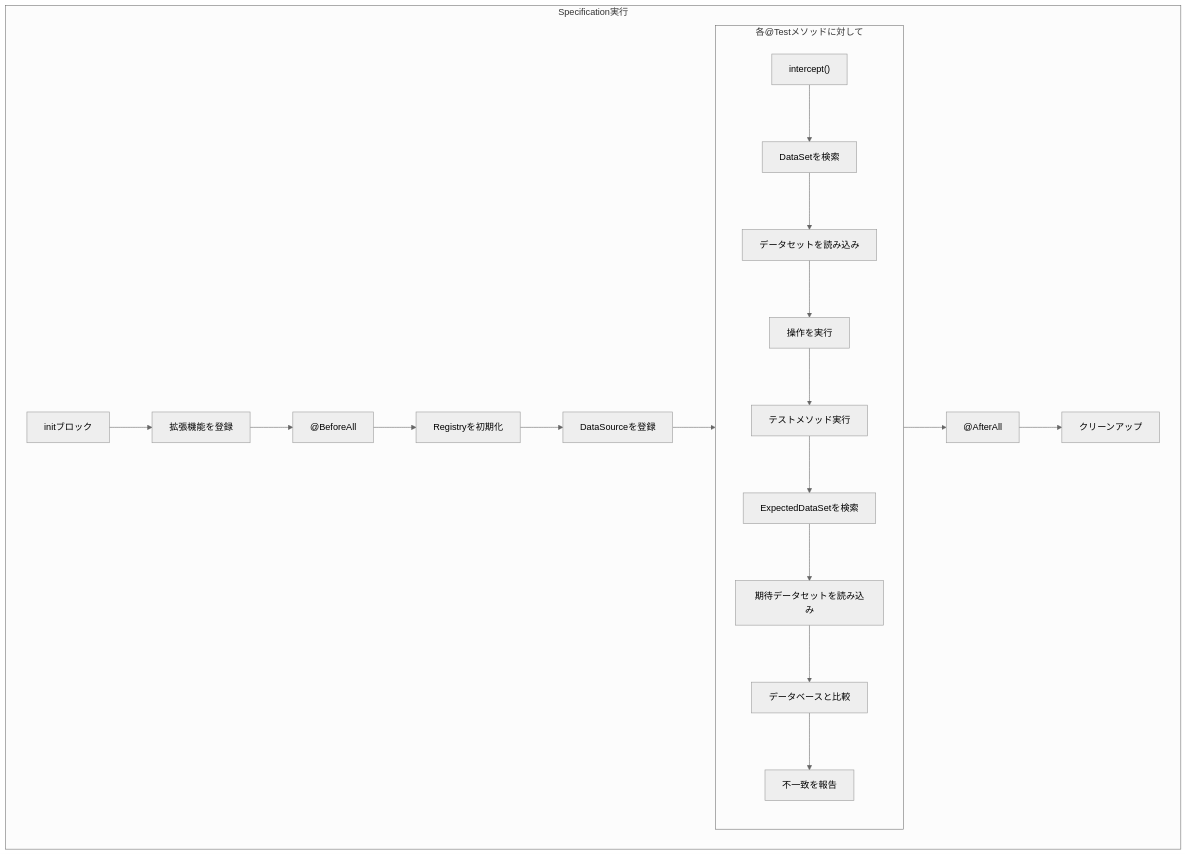
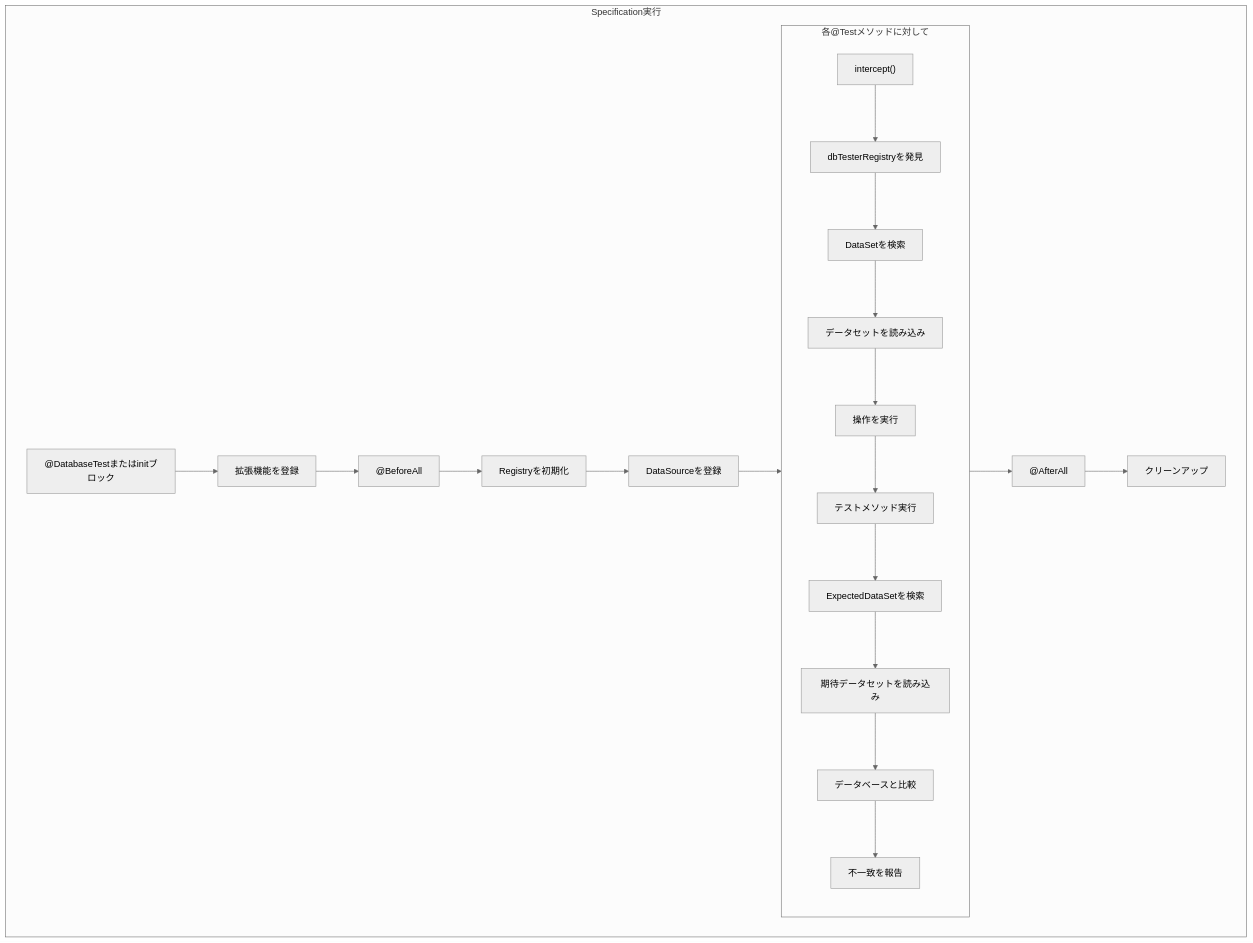
Before and after one commit to dkazi/db-tester: the third of 3 diagrams in docs/specs/ja/07-test-frameworks.md, drawn with Mermaid (neutral theme). The commit also changed other lines of this file and 63 other files, not shown here.

````diff
--- a/docs/specs/ja/07-test-frameworks.md
+++ b/docs/specs/ja/07-test-frameworks.md
@@ -560,28 +633,29 @@
 ```mermaid
 flowchart TD
     subgraph Specification実行
-        INIT["initブロック"]
-        INIT --> INIT1[拡張機能を登録]
+        ANN["@DatabaseTestまたはinitブロック"]
+        ANN --> ANN1[拡張機能を登録]
 
         BA["@BeforeAll"]
         BA --> BA1[Registryを初期化]
         BA1 --> BA2[DataSourceを登録]
 
         subgraph each["各@Testメソッドに対して"]
             INT["intercept()"]
-            INT --> INT1["DataSetを検索"]
-            INT1 --> INT2[データセットを読み込み]
-            INT2 --> INT3[操作を実行]
-            INT3 --> TM[テストメソッド実行]
-            TM --> INT4["ExpectedDataSetを検索"]
-            INT4 --> INT5[期待データセットを読み込み]
-            INT5 --> INT6[データベースと比較]
-            INT6 --> INT7[不一致を報告]
+            INT --> INT1["dbTesterRegistryを発見"]
+            INT1 --> INT2["DataSetを検索"]
+            INT2 --> INT3[データセットを読み込み]
+            INT3 --> INT4[操作を実行]
+            INT4 --> TM[テストメソッド実行]
+            TM --> INT5["ExpectedDataSetを検索"]
+            INT5 --> INT6[期待データセットを読み込み]
+            INT6 --> INT7[データベースと比較]
+            INT7 --> INT8[不一致を報告]
         end
 
-        INIT1 --> BA
+        ANN1 --> BA
         BA2 --> each
         each --> AA["@AfterAll"]
         AA --> AA1[クリーンアップ]
     end
 ```
````
